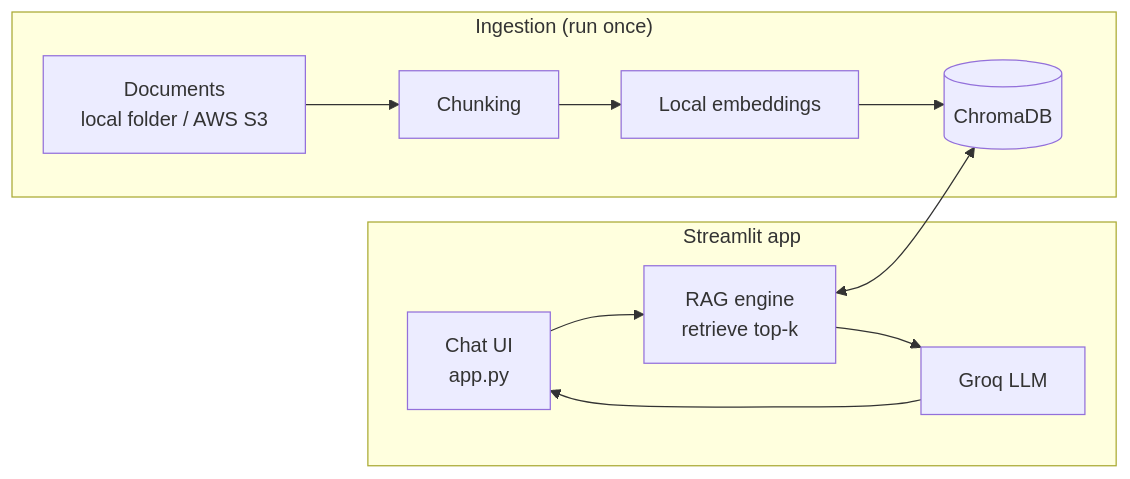
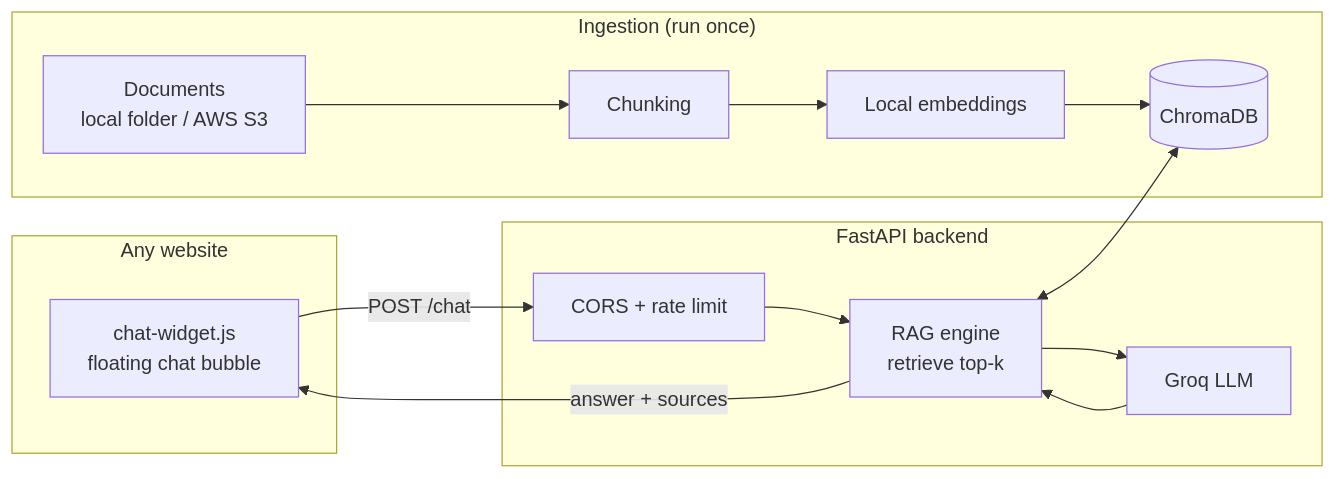
Before and after one commit to onamemba/web_chatbot: the diagram in README.md, drawn with Mermaid. The commit also changed other lines of this file and 3 other files, not shown here.

Commit message:
work on fast api

````diff
--- a/README.md
+++ b/README.md
@@ -9,15 +9,21 @@
 ```mermaid
 flowchart LR
     subgraph Ingestion["Ingestion (run once)"]
         A[Documents<br/>local folder / AWS S3] --> B[Chunking]
         B --> C[Local embeddings]
         C --> D[(ChromaDB)]
     end
 
-    subgraph App["Streamlit app"]
-        E[Chat UI<br/>app.py] --> F[RAG engine<br/>retrieve top-k]
-        F <--> D
-        F --> G[Groq LLM]
-        G --> E
+    subgraph Website["Any website"]
+        W[chat-widget.js<br/>floating chat bubble]
+    end
+
+    subgraph Backend["FastAPI backend"]
+        W -- "POST /chat" --> F[CORS + rate limit]
+        F --> G[RAG engine<br/>retrieve top-k]
+        G <--> D
+        G --> H[Groq LLM]
+        H --> G
+        G -- "answer + sources" --> W
     end
 ```
````
